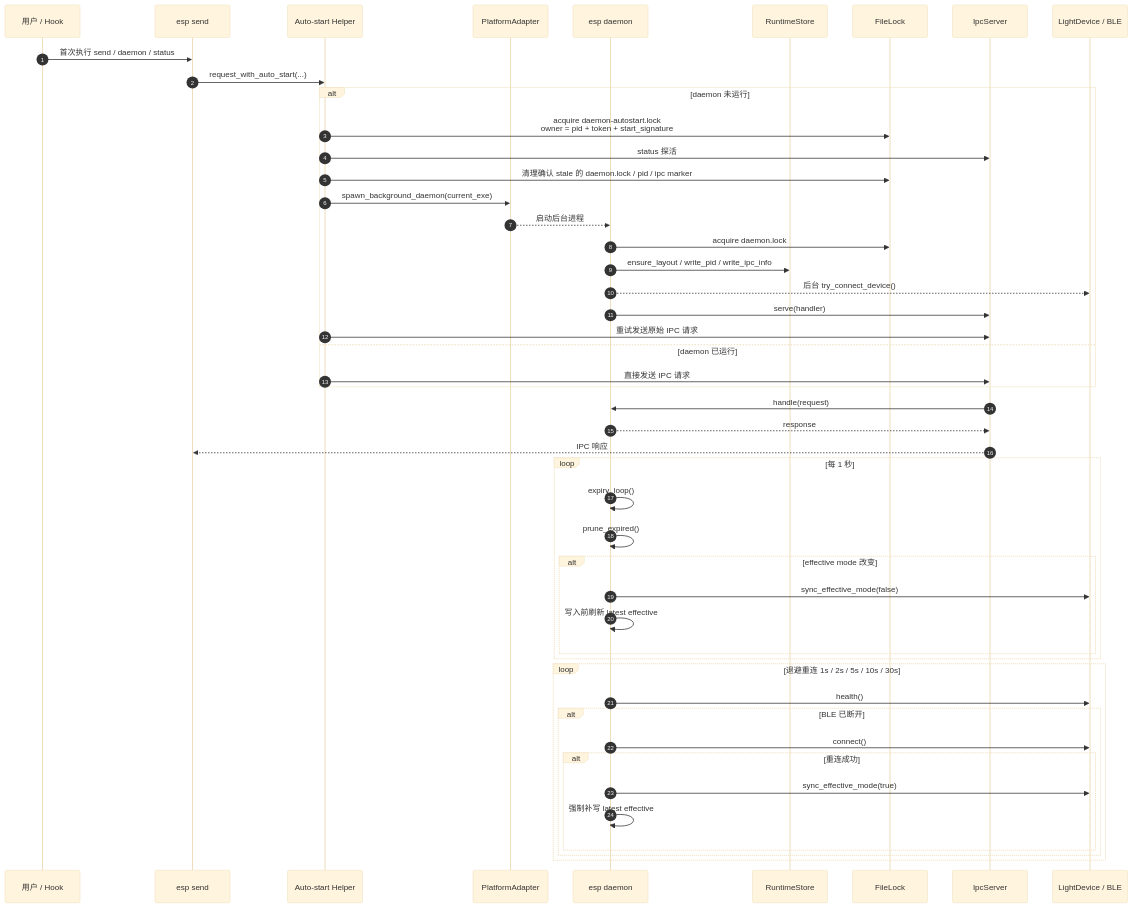
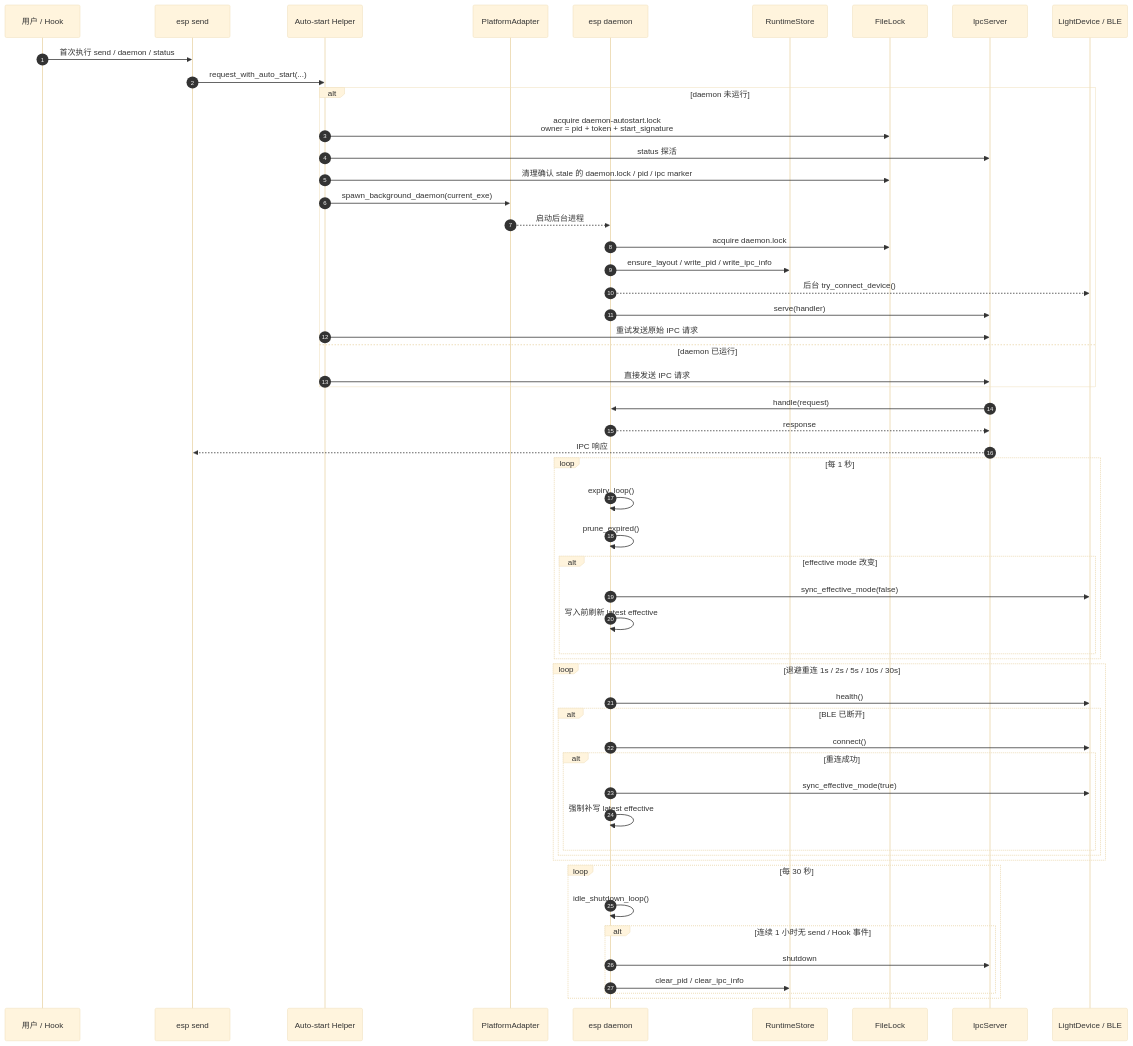
Before and after one commit to wangbosire/esp_agent_status_light: the fourth of 11 diagrams in docs/ARCHITECTURE.md, drawn with Mermaid (base theme). The commit also changed other lines of this file and 10 other files, not shown here.

First line of the commit message:
feat: add ble diagnostic commands, idle daemon shutdown, and stdin logging

````diff
--- a/docs/ARCHITECTURE.md
+++ b/docs/ARCHITECTURE.md
@@ -177,53 +189,61 @@
 ```mermaid
 sequenceDiagram
     autonumber
     participant User as 用户 / Hook
     participant Send as esp send
     participant Boot as Auto-start Helper
     participant Platform as PlatformAdapter
     participant Daemon as esp daemon
     participant Runtime as RuntimeStore
     participant Lock as FileLock
     participant Server as IpcServer
     participant Device as LightDevice / BLE
 
     User->>Send: 首次执行 send / daemon / status
     Send->>Boot: request_with_auto_start(...)
     alt daemon 未运行
         Boot->>Lock: acquire daemon-autostart.lock<br/>owner = pid + token + start_signature
         Boot->>Server: status 探活
         Boot->>Lock: 清理确认 stale 的 daemon.lock / pid / ipc marker
         Boot->>Platform: spawn_background_daemon(current_exe)
         Platform-->>Daemon: 启动后台进程
         Daemon->>Lock: acquire daemon.lock
         Daemon->>Runtime: ensure_layout / write_pid / write_ipc_info
         Daemon-->>Device: 后台 try_connect_device()
         Daemon->>Server: serve(handler)
         Boot->>Server: 重试发送原始 IPC 请求
     else daemon 已运行
         Boot->>Server: 直接发送 IPC 请求
     end
     Server->>Daemon: handle(request)
     Daemon-->>Server: response
     Server-->>Send: IPC 响应
 
     loop 每 1 秒
         Daemon->>Daemon: expiry_loop()
         Daemon->>Daemon: prune_expired()
         alt effective mode 改变
             Daemon->>Device: sync_effective_mode(false)
             Daemon->>Daemon: 写入前刷新 latest effective
         end
     end
 
     loop 退避重连 1s / 2s / 5s / 10s / 30s
         Daemon->>Device: health()
         alt BLE 已断开
             Daemon->>Device: connect()
             alt 重连成功
                 Daemon->>Device: sync_effective_mode(true)
                 Daemon->>Daemon: 强制补写 latest effective
             end
         end
     end
+
+    loop 每 30 秒
+        Daemon->>Daemon: idle_shutdown_loop()
+        alt 连续 1 小时无 send / Hook 事件
+            Daemon->>Server: shutdown
+            Daemon->>Runtime: clear_pid / clear_ipc_info
+        end
+    end
 ```
````
